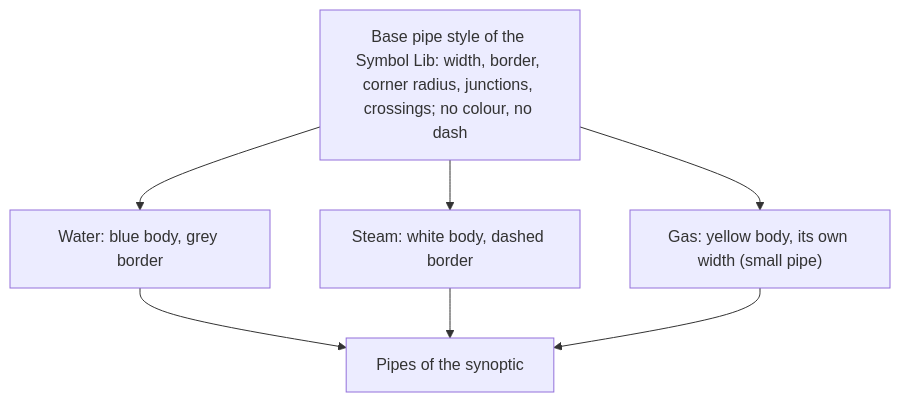
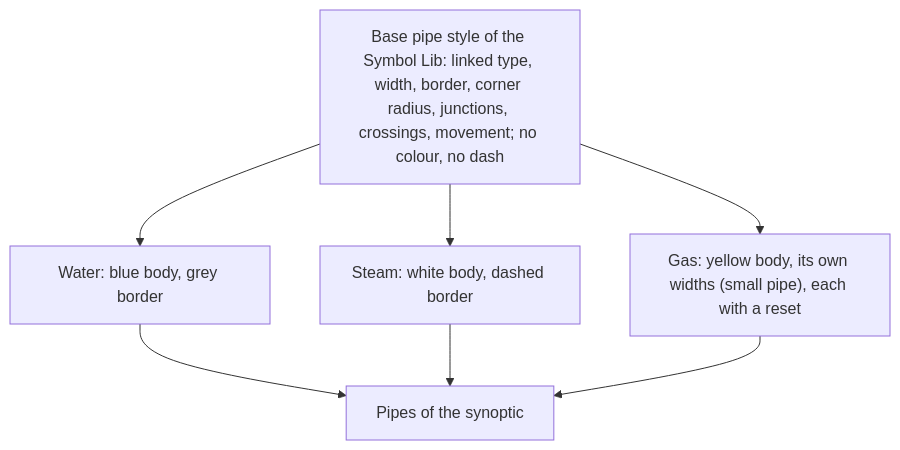
One commit to AlexandreGallais/synoptic-studio-spec changed the first of 4 diagrams in symbols/pipes/pipe-styles.md. Above: the diagram before and after it, drawn with Mermaid. The commit also changed other lines of this file and 8 other files, not shown here.

First line of the commit message:
docs(pipes): add linked type to the base, reset overrides, end shape page

````diff
--- a/symbols/pipes/pipe-styles.md
+++ b/symbols/pipes/pipe-styles.md
@@ -64,10 +74,10 @@
 ```mermaid
 flowchart TD
-    B["Base pipe style of the Symbol Lib: width, border, corner radius, junctions, crossings; no colour, no dash"]
+    B["Base pipe style of the Symbol Lib: linked type, width, border, corner radius, junctions, crossings, movement; no colour, no dash"]
     B --> W["Water: blue body, grey border"]
     B --> S["Steam: white body, dashed border"]
-    B --> G["Gas: yellow body, its own width (small pipe)"]
+    B --> G["Gas: yellow body, its own widths (small pipe), each with a reset"]
     W --> P1["Pipes of the synoptic"]
     S --> P1
     G --> P1
 ```
````
